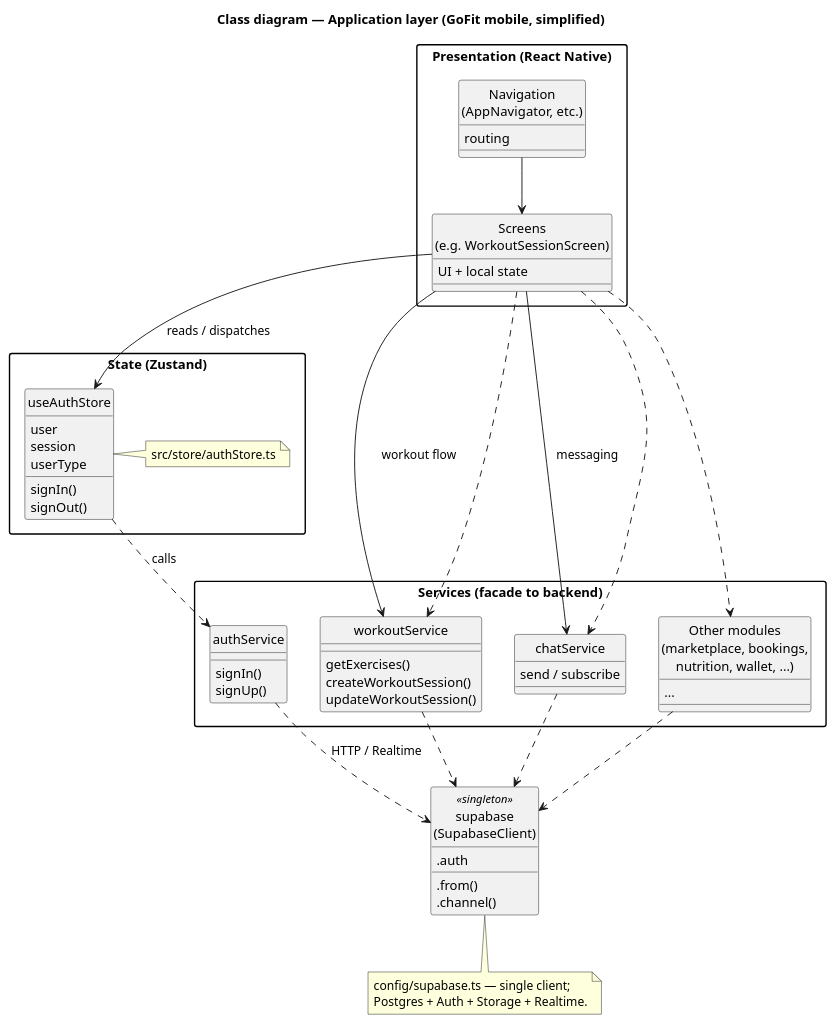
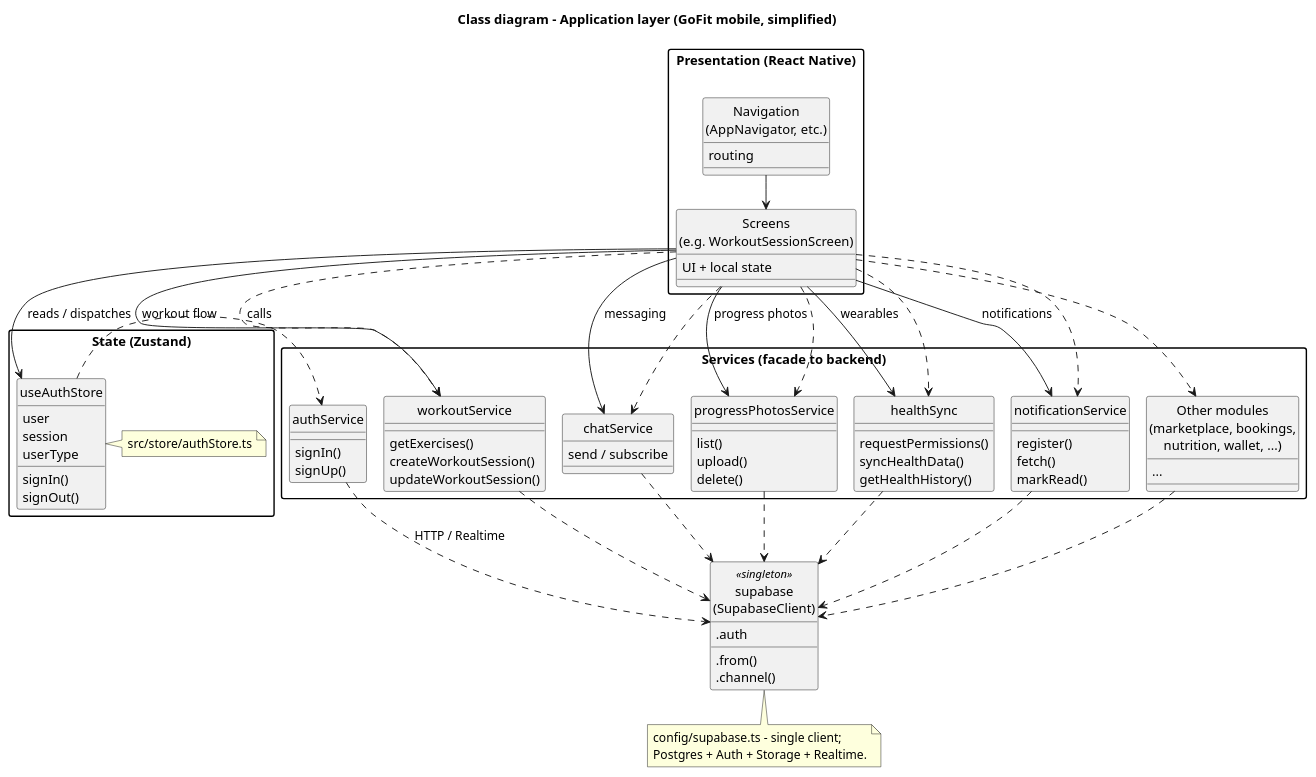
The diagram in docs/diagrams/gofit-class-diagram-application.puml (yessineblanco/GoFitFull), drawn with PlantUML before and after one commit. The commit also changed 17 other files, not shown here.

First line of the commit message:
feat: update diagrams and settings for improved visualization and functionality

```diff
--- a/docs/diagrams/gofit-class-diagram-application.puml
+++ b/docs/diagrams/gofit-class-diagram-application.puml
@@ -1,73 +1,98 @@
 @startuml GoFit_ClassDiagram_Application
-title Class diagram — Application layer (GoFit mobile, simplified)
+!pragma layout smetana
+title Class diagram - Application layer (GoFit mobile, simplified)
 
 hide circle
 skinparam packageStyle rectangle
 
 package "Presentation (React Native)" {
   class "Screens\n(e.g. WorkoutSessionScreen)" as Screens {
     UI + local state
   }
   class "Navigation\n(AppNavigator, etc.)" as Nav {
     routing
   }
 }
 
 package "State (Zustand)" {
   class "useAuthStore" as AuthStore {
     user
     session
     userType
     signIn()
     signOut()
   }
   note right of AuthStore
     src/store/authStore.ts
   end note
 }
 
 package "Services (facade to backend)" {
   class "authService" as AuthSvc {
     signIn()
     signUp()
   }
   class "workoutService" as WoSvc {
     getExercises()
     createWorkoutSession()
     updateWorkoutSession()
   }
   class "chatService" as ChatSvc {
     send / subscribe
   }
+  class "progressPhotosService" as PhotoSvc {
+    list()
+    upload()
+    delete()
+  }
+  class "healthSync" as HealthSvc {
+    requestPermissions()
+    syncHealthData()
+    getHealthHistory()
+  }
+  class "notificationService" as NotifSvc {
+    register()
+    fetch()
+    markRead()
+  }
   class "Other modules\n(marketplace, bookings,\nnutrition, wallet, ...)" as OtherSvc {
     ...
   }
 }
 
 class "supabase\n(SupabaseClient)" as SB <<singleton>> {
   .from()
   .auth
   .channel()
 }
 
 Screens --> AuthStore : reads / dispatches
 Screens --> WoSvc : workout flow
 Screens --> ChatSvc : messaging
+Screens --> PhotoSvc : progress photos
+Screens --> HealthSvc : wearables
+Screens --> NotifSvc : notifications
 Nav --> Screens
 
 AuthStore ..> AuthSvc : calls
 Screens ..> WoSvc
 Screens ..> ChatSvc
+Screens ..> PhotoSvc
+Screens ..> HealthSvc
+Screens ..> NotifSvc
 Screens ..> OtherSvc
 
 AuthSvc ..> SB : HTTP / Realtime
 WoSvc ..> SB
 ChatSvc ..> SB
+PhotoSvc ..> SB
+HealthSvc ..> SB
+NotifSvc ..> SB
 OtherSvc ..> SB
 
 note bottom of SB
-  config/supabase.ts — single client;
+  config/supabase.ts - single client;
   Postgres + Auth + Storage + Realtime.
 end note
 
 @enduml
```
